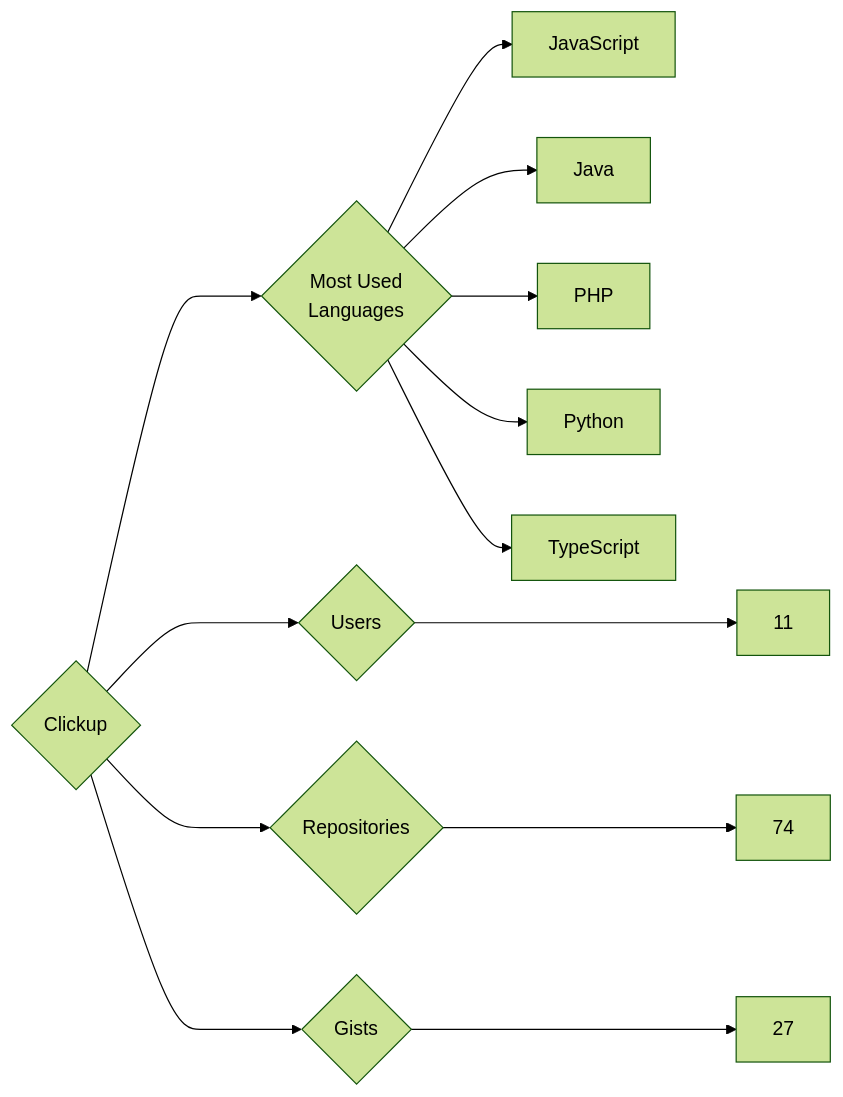
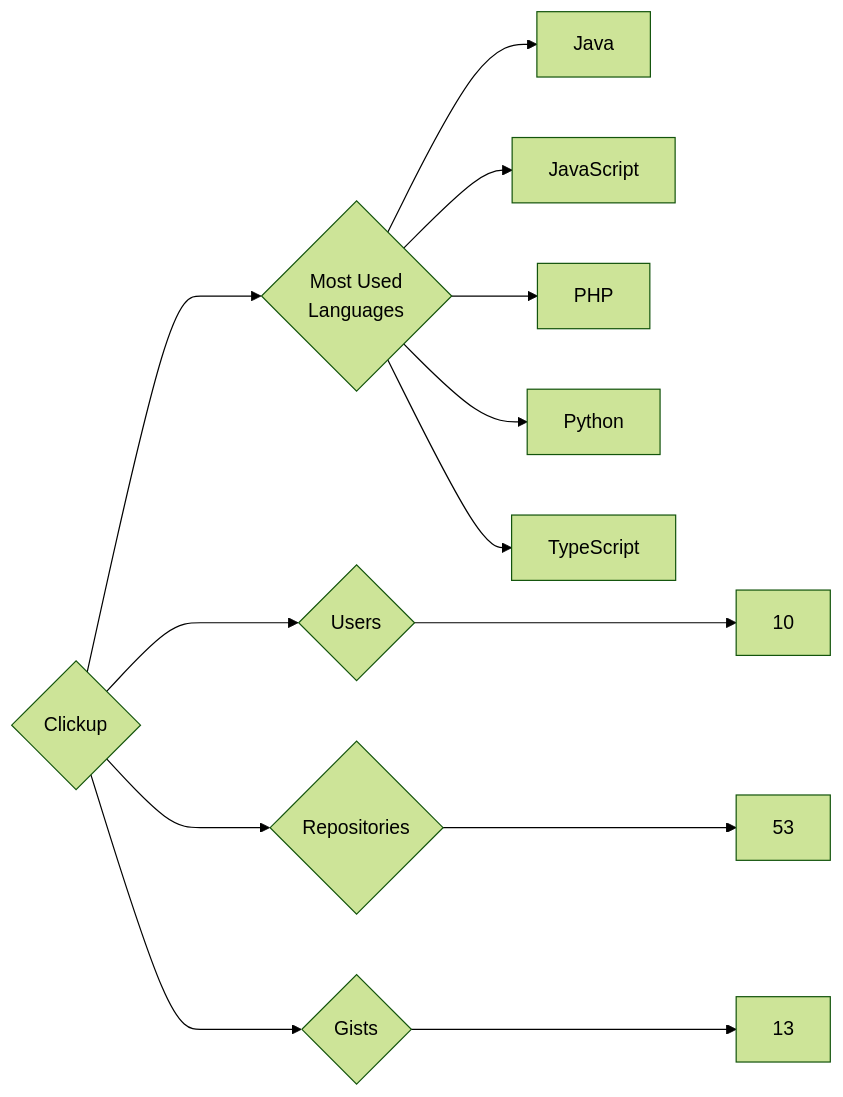
One commit to trickest/insiders changed the diagram in targets/Clickup/README.md. Above: the diagram before and after it, drawn with Mermaid (forest theme). The commit also changed 933 other files, not shown here.

````diff
--- a/targets/Clickup/README.md
+++ b/targets/Clickup/README.md
@@ -3,13 +3,13 @@
 ```mermaid
 graph LR
 COMPANY_NAME{Clickup}
-COMPANY_NAME ---> U{Users} ---> UN[11]
-COMPANY_NAME ---> R{Repositories} ---> RN[74]
-COMPANY_NAME ---> G{Gists} ---> GN[27]
+COMPANY_NAME ---> U{Users} ---> UN[10]
+COMPANY_NAME ---> R{Repositories} ---> RN[53]
+COMPANY_NAME ---> G{Gists} ---> GN[13]
 COMPANY_NAME ---> ML{Most Used<br>Languages}
+ML --> Java[Java]
 ML --> JavaScript[JavaScript]
-ML --> Java[Java]
 ML --> PHP[PHP]
 ML --> Python[Python]
 ML --> TypeScript[TypeScript]
 ```
````
